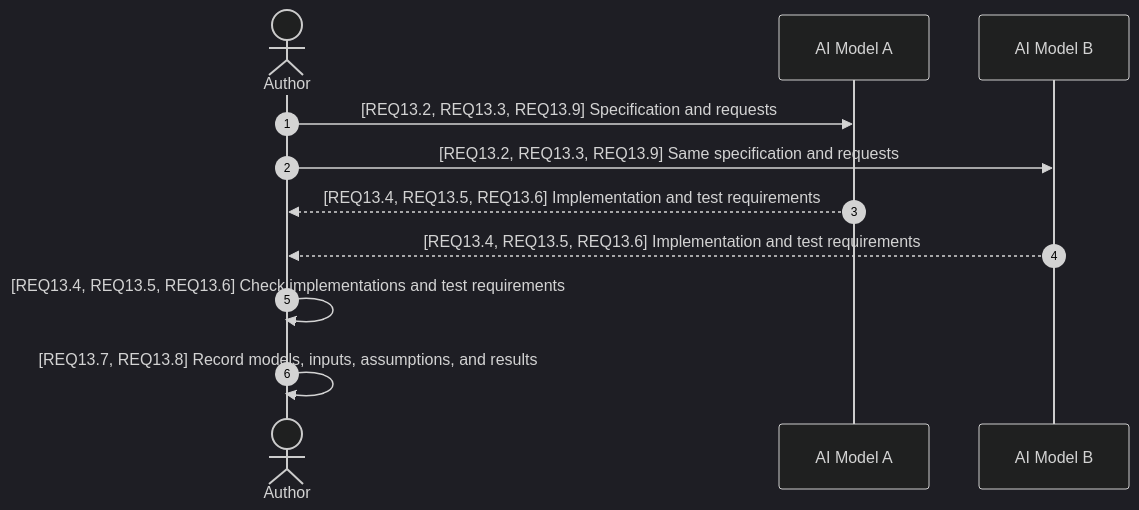
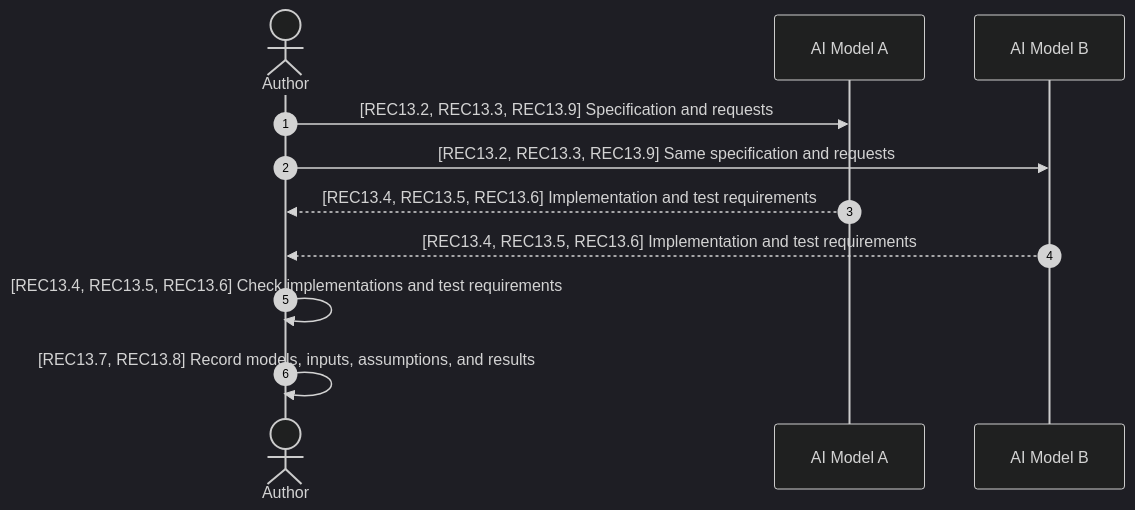
Before and after one commit to sakimura/modern-spec-writing: the diagram in modern_spec_writing_guidelines.md, drawn with Mermaid (dark theme). The commit also changed other lines of this file, not shown here.

````diff
--- a/modern_spec_writing_guidelines.md
+++ b/modern_spec_writing_guidelines.md
@@ -64,13 +64,13 @@
 ```mermaid
 sequenceDiagram
     autonumber
     actor Author
     participant A as AI Model A
     participant B as AI Model B
-    Author->>A: [REQ13.2, REQ13.3, REQ13.9] Specification and requests
-    Author->>B: [REQ13.2, REQ13.3, REQ13.9] Same specification and requests
-    A-->>Author: [REQ13.4, REQ13.5, REQ13.6] Implementation and test requirements
-    B-->>Author: [REQ13.4, REQ13.5, REQ13.6] Implementation and test requirements
-    Author->>Author: [REQ13.4, REQ13.5, REQ13.6] Check implementations and test requirements
-    Author->>Author: [REQ13.7, REQ13.8] Record models, inputs, assumptions, and results
+    Author->>A: [REC13.2, REC13.3, REC13.9] Specification and requests
+    Author->>B: [REC13.2, REC13.3, REC13.9] Same specification and requests
+    A-->>Author: [REC13.4, REC13.5, REC13.6] Implementation and test requirements
+    B-->>Author: [REC13.4, REC13.5, REC13.6] Implementation and test requirements
+    Author->>Author: [REC13.4, REC13.5, REC13.6] Check implementations and test requirements
+    Author->>Author: [REC13.7, REC13.8] Record models, inputs, assumptions, and results
 ```
````
